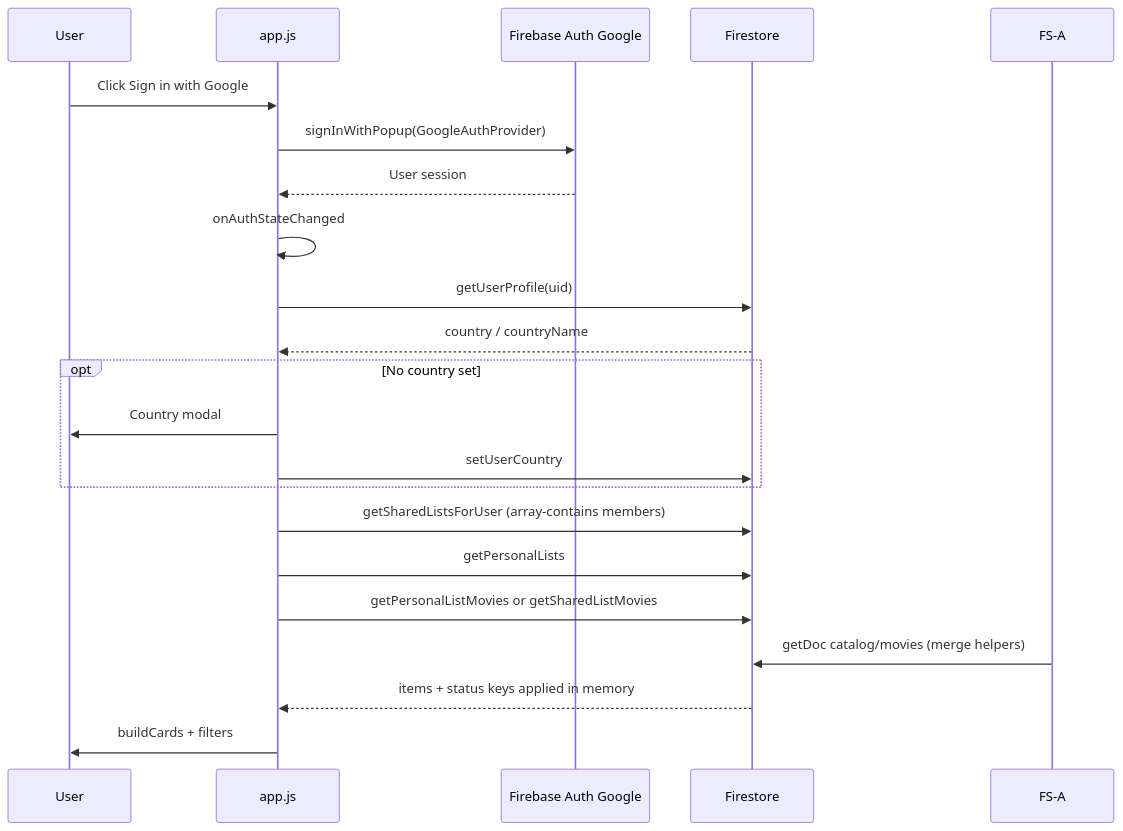
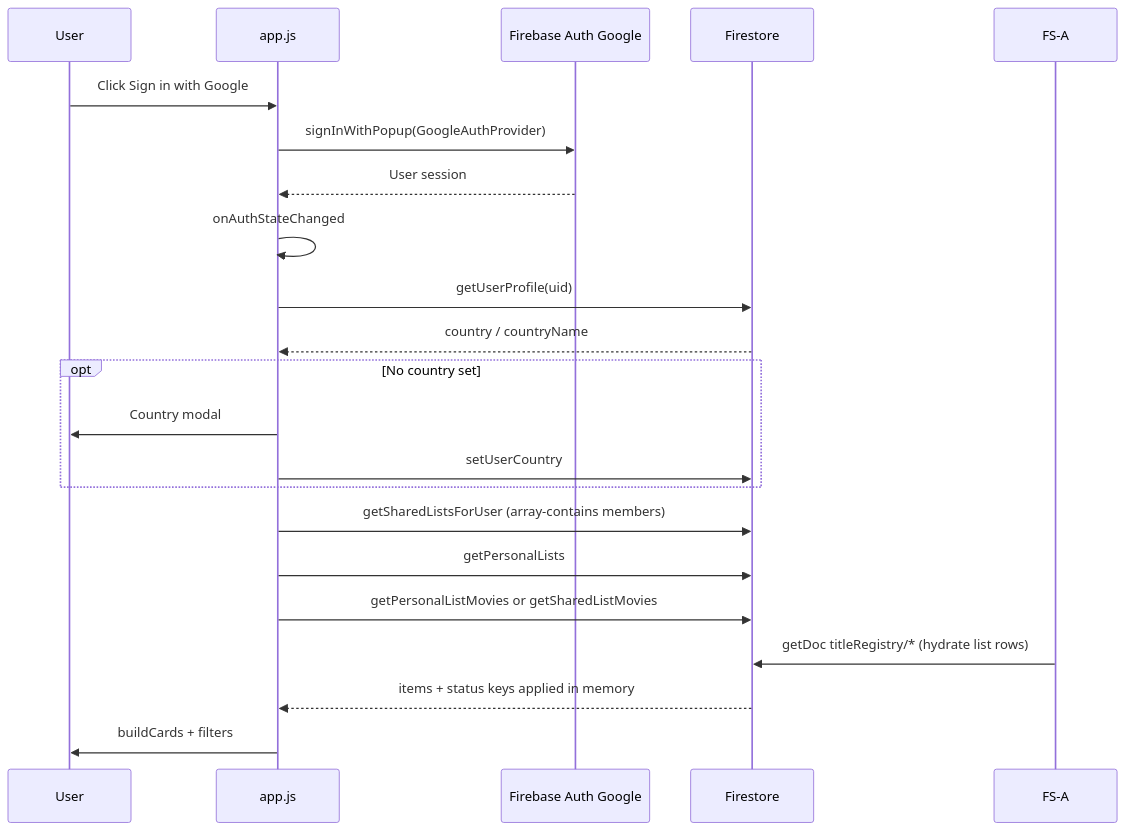
Before and after one commit to maulbogat/watchlist-app: the third of 5 diagrams in system-design.md, drawn with Mermaid. The commit also changed other lines of this file and 50 other files, not shown here.

First line of the commit message:
refactor: titleRegistry-only scripts, remove legacy catalog

````diff
--- a/system-design.md
+++ b/system-design.md
@@ -365,24 +359,24 @@
 ```mermaid
 sequenceDiagram
   participant User
   participant App as app.js
   participant Auth as Firebase Auth Google
   participant FS as Firestore
 
   User->>App: Click Sign in with Google
   App->>Auth: signInWithPopup(GoogleAuthProvider)
   Auth-->>App: User session
   App->>App: onAuthStateChanged
   App->>FS: getUserProfile(uid)
   FS-->>App: country / countryName
   opt No country set
     App->>User: Country modal
     App->>FS: setUserCountry
   end
   App->>FS: getSharedListsForUser (array-contains members)
   App->>FS: getPersonalLists
   App->>FS: getPersonalListMovies or getSharedListMovies
-  FS-A->>FS: getDoc catalog/movies (merge helpers)
+  FS-A->>FS: getDoc titleRegistry/* (hydrate list rows)
   FS-->>App: items + status keys applied in memory
   App->>User: buildCards + filters
 ```
````
